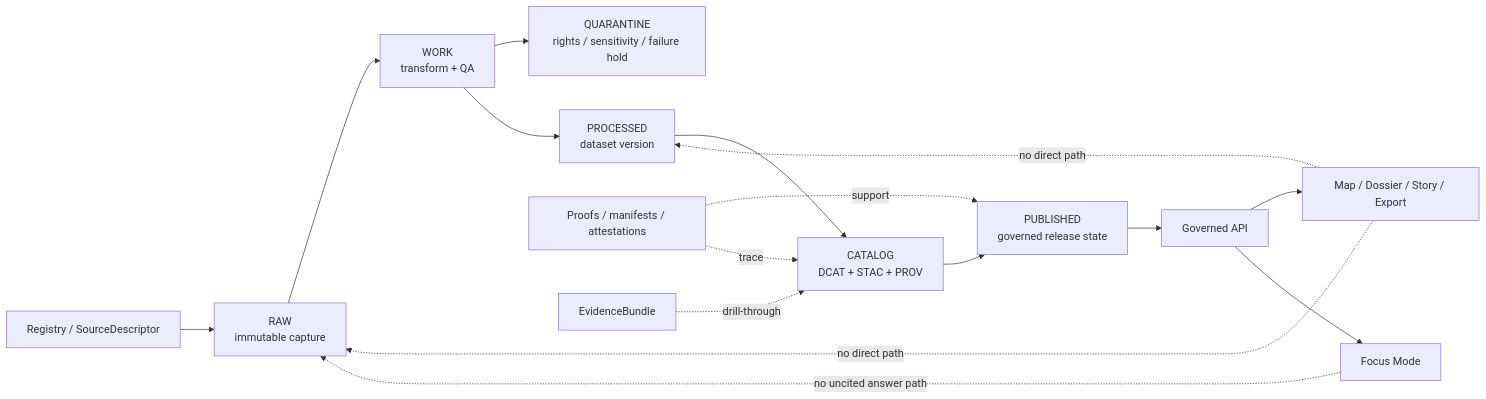
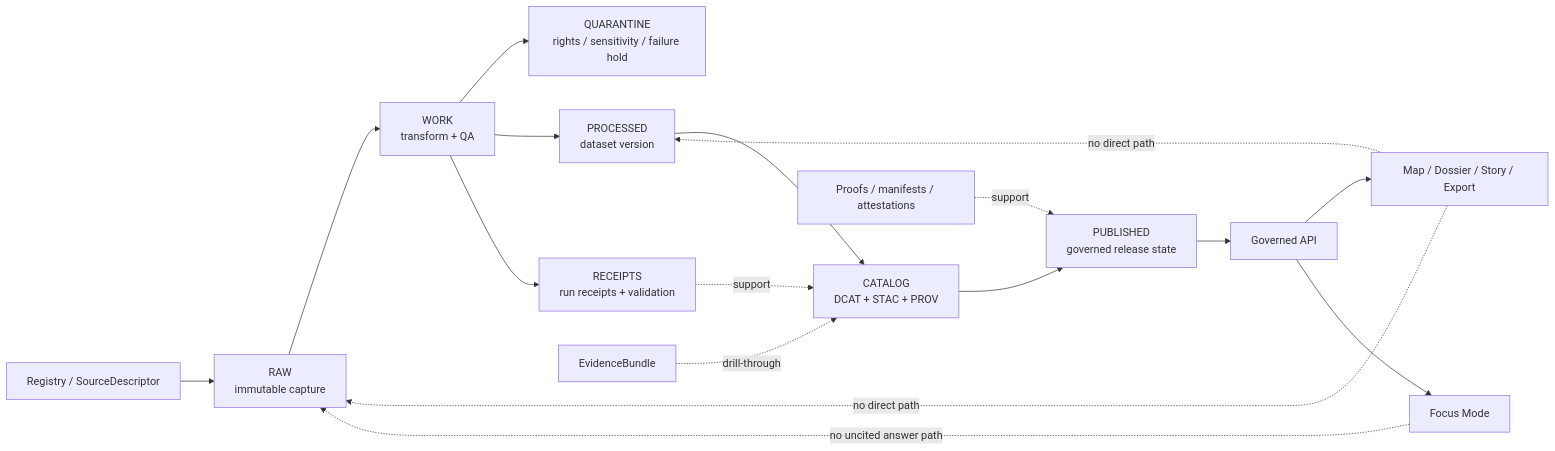
The diagram in data/README.md (bartytime4life/Kansas-Frontier-Matrix), drawn with Mermaid before and after one commit. The commit also changed other lines of this file, not shown here.

````diff
--- a/data/README.md
+++ b/data/README.md
@@ -322,21 +336,22 @@
 ```mermaid
 flowchart LR
     REG[Registry / SourceDescriptor] --> RAW[RAW<br/>immutable capture]
     RAW --> WORK[WORK<br/>transform + QA]
     WORK --> QUAR[QUARANTINE<br/>rights / sensitivity / failure hold]
     WORK --> PROC[PROCESSED<br/>dataset version]
+    WORK --> REC[RECEIPTS<br/>run receipts + validation]
     PROC --> CAT[CATALOG<br/>DCAT + STAC + PROV]
     CAT --> PUB[PUBLISHED<br/>governed release state]
 
     PUB --> API[Governed API]
     API --> UI[Map / Dossier / Story / Export]
     API --> FOCUS[Focus Mode]
 
+    REC -. support .-> CAT
     PROOF[Proofs / manifests / attestations] -. support .-> PUB
-    PROOF -. trace .-> CAT
     EVD[EvidenceBundle] -. drill-through .-> CAT
 
     UI -. no direct path .-> RAW
     UI -. no direct path .-> PROC
     FOCUS -. no uncited answer path .-> RAW
 ```
````
